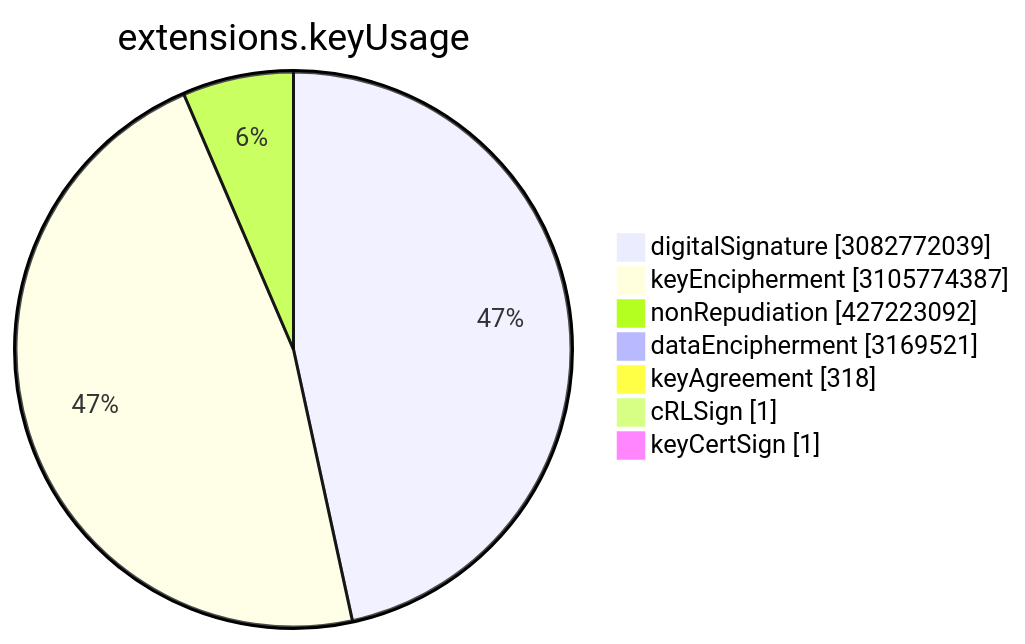
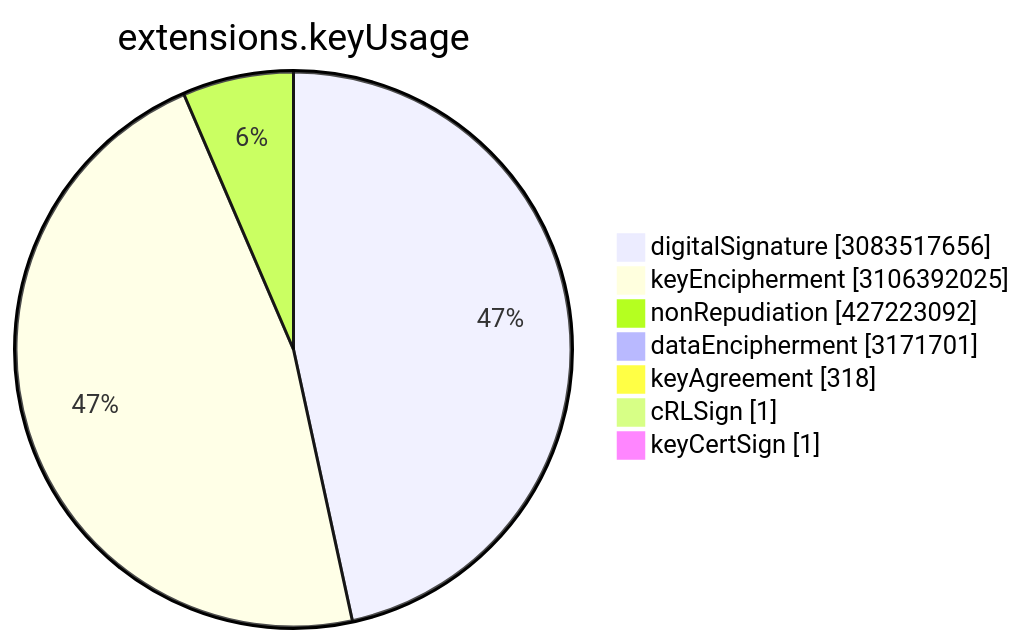
One commit to christiankrug/ctmonitor_visualization changed the sixth of 15 diagrams in TOTAL/README.md. Above: the diagram before and after it, drawn with Mermaid. The commit also changed other lines of this file, not shown here.

````diff
--- a/TOTAL/README.md
+++ b/TOTAL/README.md
@@ -3075,11 +3075,11 @@
 ```mermaid
 pie showData
 title extensions.keyUsage
-"digitalSignature" :3082772039
-"keyEncipherment" :3105774387
+"digitalSignature" :3083517656
+"keyEncipherment" :3106392025
 "nonRepudiation" :427223092
-"dataEncipherment" :3169521
+"dataEncipherment" :3171701
 "keyAgreement" :318
 "cRLSign" :1
 "keyCertSign" :1
 ```
````
